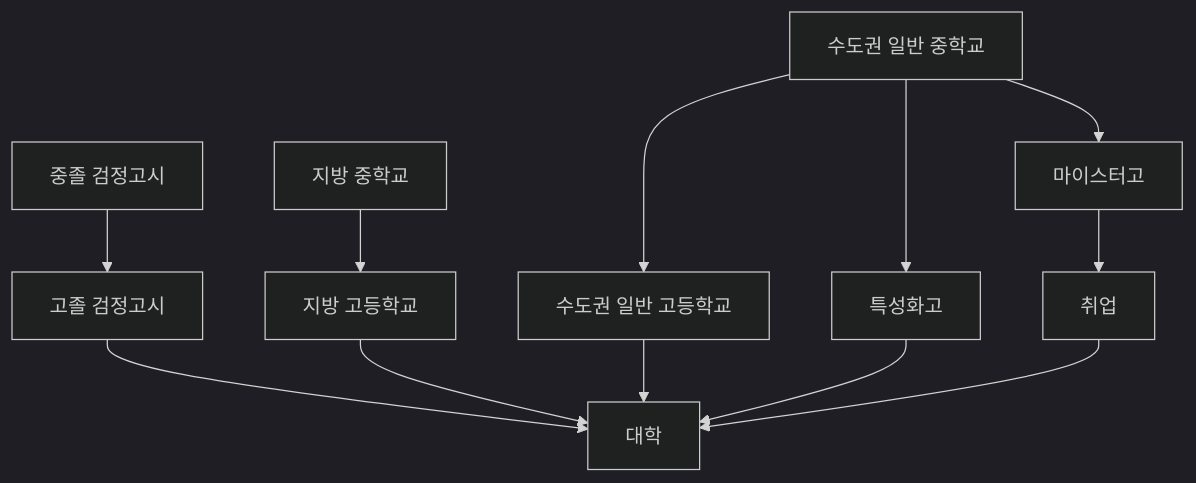
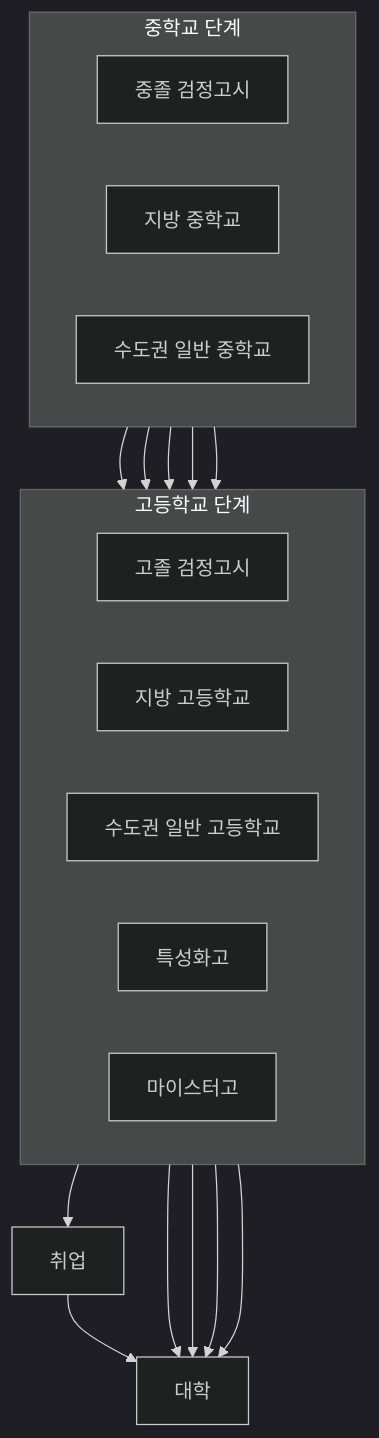
The diagram in _posts/2026-02-22-path guide for young students.md (Doyouwanttoliveforever/Doyouwanttoliveforever.github.io), drawn with Mermaid (dark theme) before and after one commit.

````diff
--- a/_posts/2026-02-22-path guide for young students.md
+++ b/_posts/2026-02-22-path guide for young students.md
@@ -14,8 +14,32 @@
 ```mermaid
 flowchart TD
-    A[중졸 검정고시] --> B[고졸 검정고시] --> C[대학]
-    D[지방 중학교] --> E[지방 고등학교] --> C
-    F[수도권 일반 중학교] --> G[수도권 일반 고등학교] --> C
-    F --> H[특성화고] --> C
-    F --> I[마이스터고] --> J[취업]  --> C
+
+    %% 중학교 레벨
+    subgraph MiddleSchool [중학교 단계]
+        direction LR
+        A[중졸 검정고시]
+        D[지방 중학교]
+        F[수도권 일반 중학교]
+    end
+
+    %% 고등학교 레벨
+    subgraph HighSchool [고등학교 단계]
+        direction LR
+        B[고졸 검정고시]
+        E[지방 고등학교]
+        G[수도권 일반 고등학교]
+        H[특성화고]
+        I[마이스터고]
+    end
+
+    %% 이후 단계
+    C[대학]
+    J[취업]
+
+    %% 연결 관계
+    A --> B --> C
+    D --> E --> C
+    F --> G --> C
+    F --> H --> C
+    F --> I --> J --> C
 ```
````
